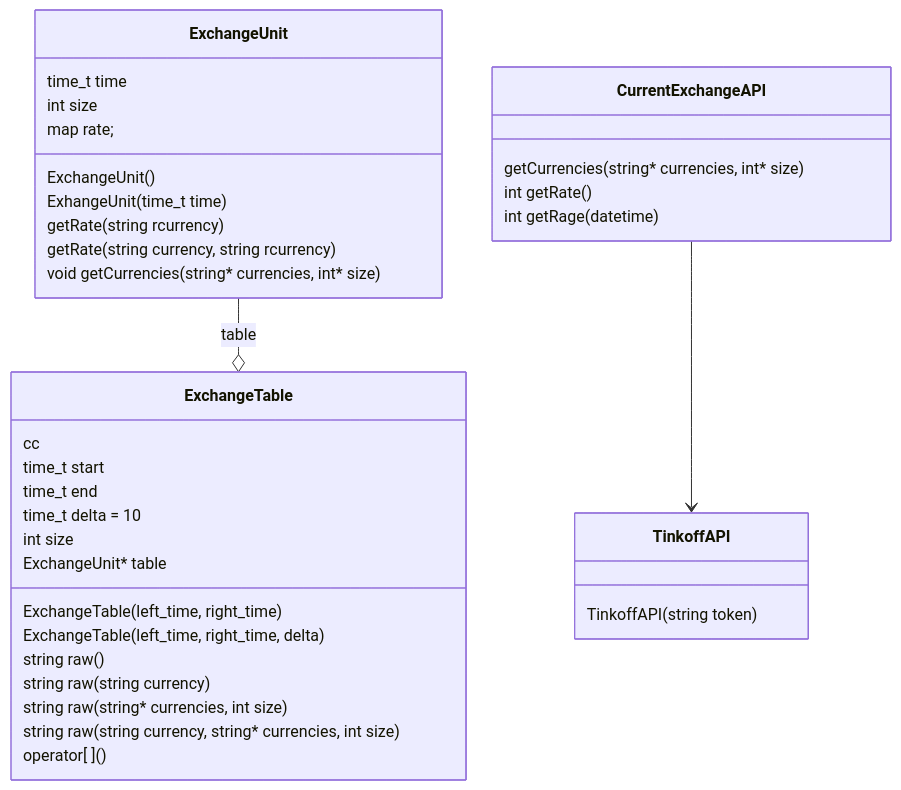
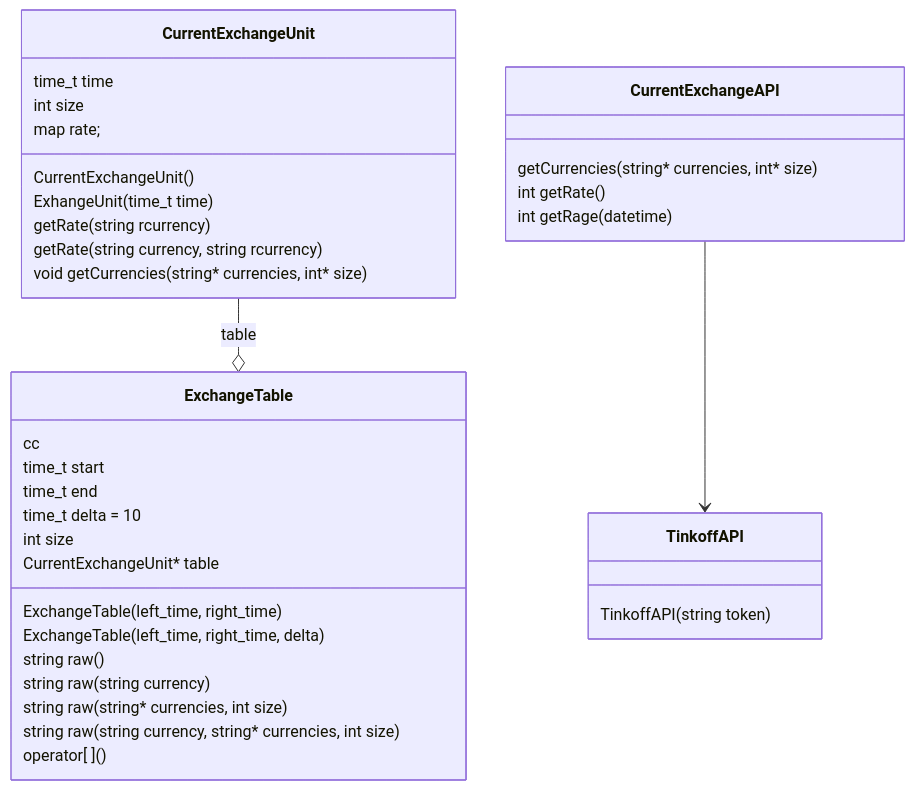
One commit to valyankilyan/Exchange-rate changed the diagram in README.md. Above: the diagram before and after it, drawn with Mermaid. The commit also changed 7 other files, not shown here.

Commit message:
add current exchange unit

````diff
--- a/README.md
+++ b/README.md
@@ -40,50 +40,50 @@
 ``` mermaid
     classDiagram
-    class  ExchangeUnit {
-        ExchangeUnit()
+    class  CurrentExchangeUnit {
+        CurrentExchangeUnit()
         ExhangeUnit(time_t time)
 
         getRate(string rcurrency)
         getRate(string currency, string rcurrency)
 
         void getCurrencies(string* currencies, int* size)
 
         time_t time
         int size
         map <string, int> rate;
     }
 
     class ExchangeTable {
         ExchangeTable(left_time, right_time)
         ExchangeTable(left_time, right_time, delta)
 
         string raw()
         string raw(string currency)
         string raw(string* currencies, int size)
         string raw(string currency, string* currencies, int size)
         cc
 
         operator[ ]()
 
         time_t start
         time_t end
         time_t delta = 10
         int size
-        ExchangeUnit* table
+        CurrentExchangeUnit* table
     }
 
     class CurrentExchangeAPI {
         getCurrencies(string* currencies, int* size)
         int getRate()
         int getRage(datetime)
     }
 
     class TinkoffAPI {
         TinkoffAPI(string token)
     }
 
     CurrentExchangeAPI --> TinkoffAPI
     
 
-    ExchangeUnit --o ExchangeTable : table
+    CurrentExchangeUnit --o ExchangeTable : table
 ```
````
